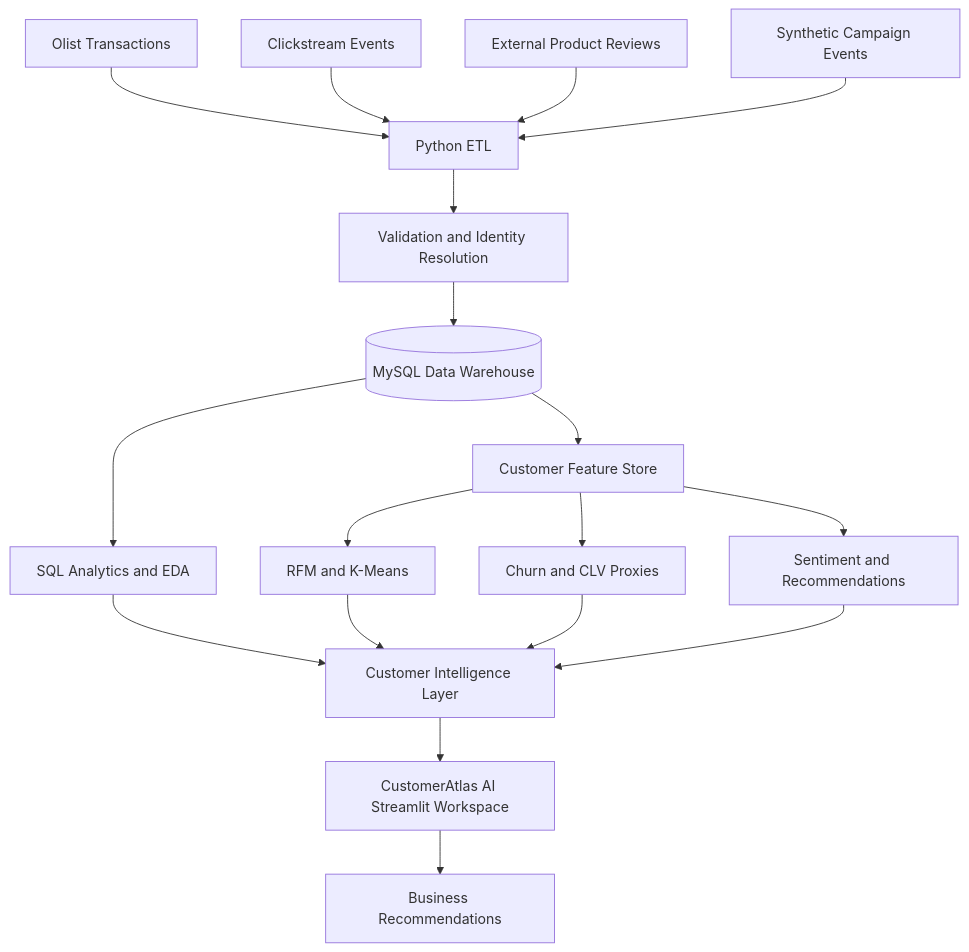
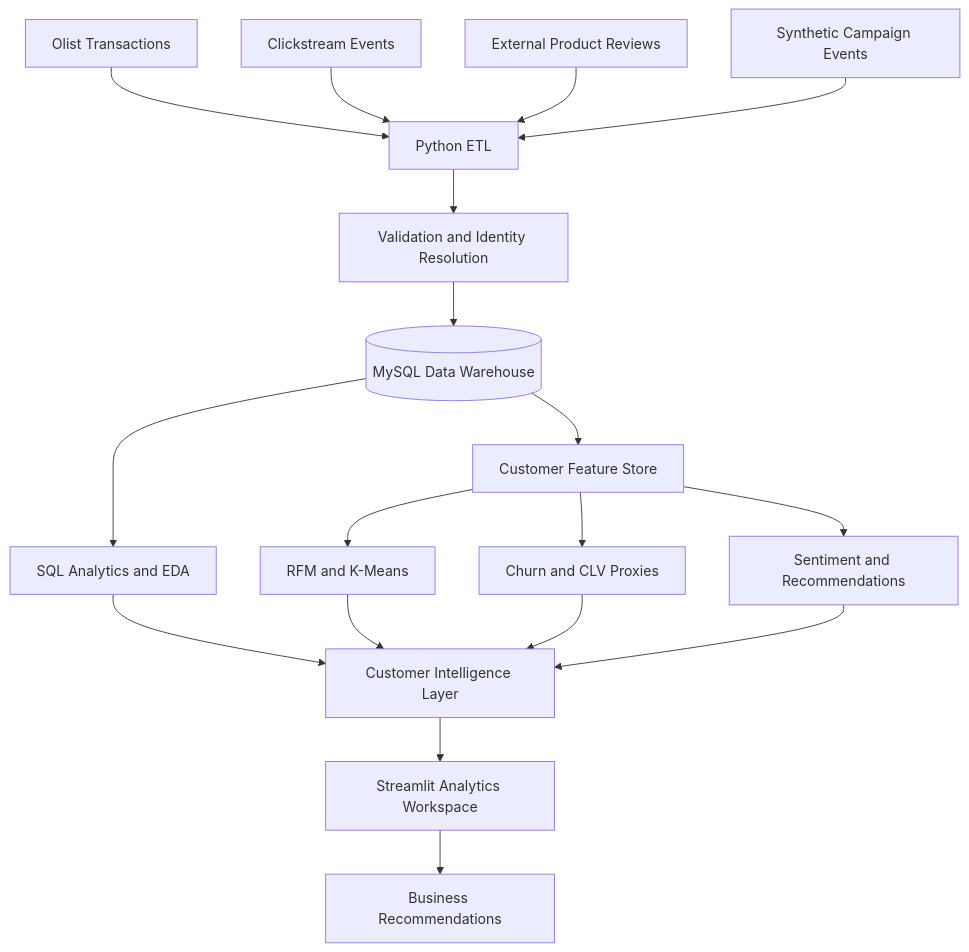
The first of 2 diagrams in README.md (suhani-chauhan56/Customer-360-Intelligence-Platform), drawn with Mermaid before and after one commit. The commit also changed other lines of this file and 3 other files, not shown here.

````diff
--- a/README.md
+++ b/README.md
@@ -64,23 +51,23 @@
 ```mermaid
 flowchart TD
     A[Olist Transactions] --> E[Python ETL]
     B[Clickstream Events] --> E
     C[External Product Reviews] --> E
     D[Synthetic Campaign Events] --> E
 
     E --> F[Validation and Identity Resolution]
     F --> G[(MySQL Data Warehouse)]
     G --> H[SQL Analytics and EDA]
     G --> I[Customer Feature Store]
 
     I --> J[RFM and K-Means]
     I --> K[Churn and CLV Proxies]
     I --> L[Sentiment and Recommendations]
 
     H --> M[Customer Intelligence Layer]
     J --> M
     K --> M
     L --> M
-    M --> N[CustomerAtlas AI Streamlit Workspace]
+    M --> N[Streamlit Analytics Workspace]
     N --> O[Business Recommendations]
 ```
````
